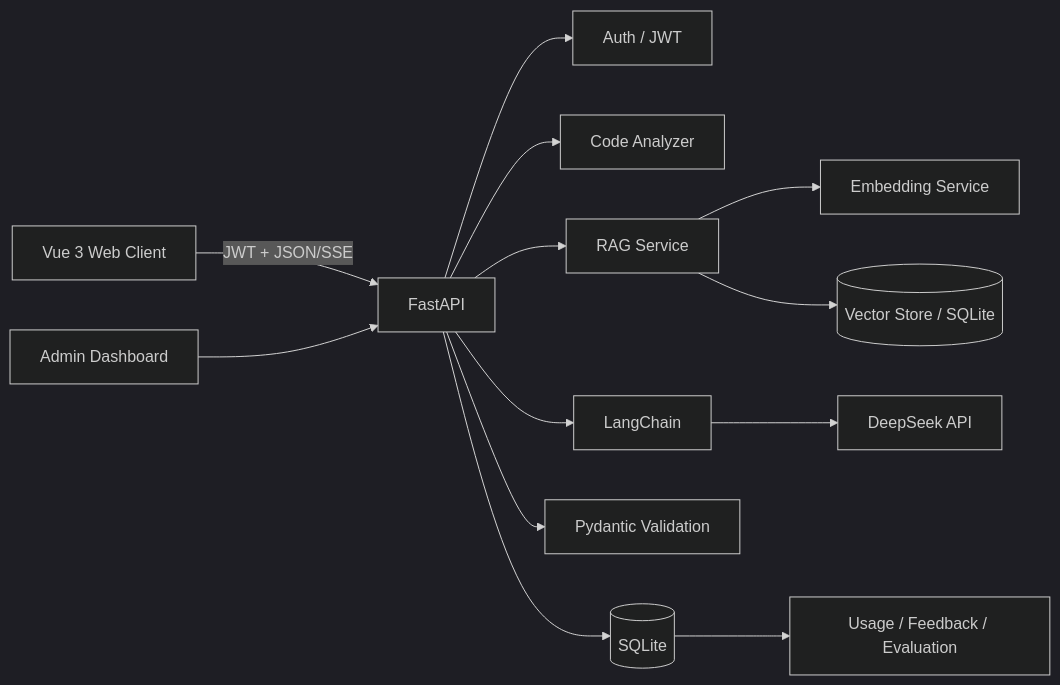
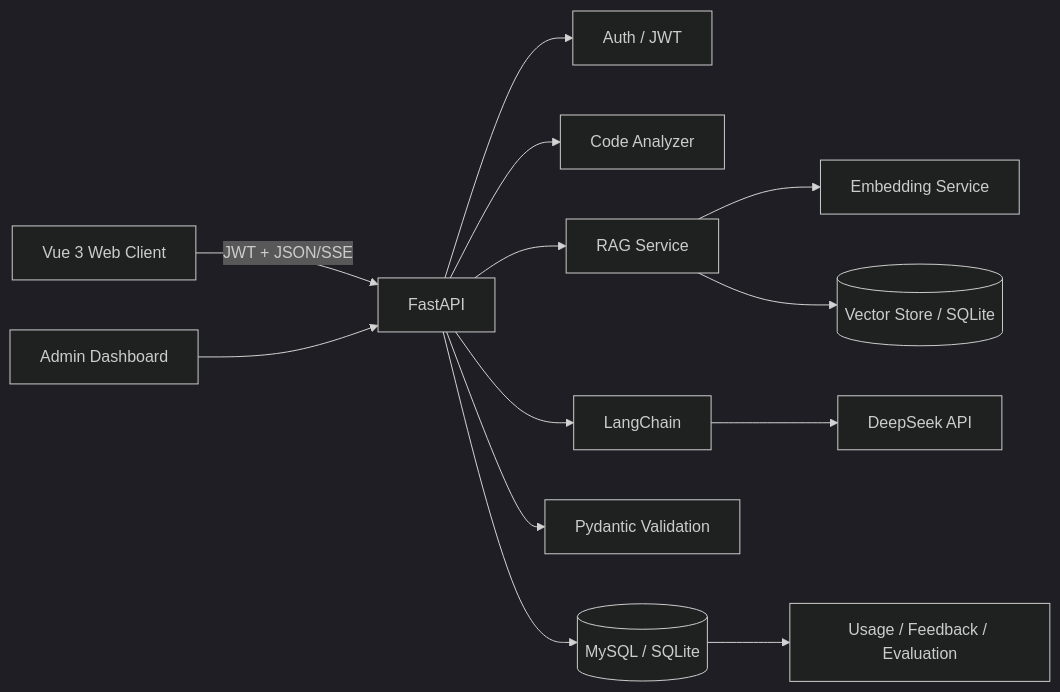
Before and after one commit to SYM529/codemind: the diagram in README.md, drawn with Mermaid (dark theme). The commit also changed other lines of this file and 7 other files, not shown here.

First line of the commit message:
feat: 数据层升级为 MySQL/SQLite 双驱动，Docker Compose 三容器编排部署

````diff
--- a/README.md
+++ b/README.md
@@ -89,15 +89,15 @@
 ```mermaid
 flowchart LR
     U[Vue 3 Web Client] -->|JWT + JSON/SSE| API[FastAPI]
     API --> AUTH[Auth / JWT]
     API --> AST[Code Analyzer]
     API --> RAG[RAG Service]
     RAG --> EMB[Embedding Service]
     RAG --> VS[(Vector Store / SQLite)]
     API --> LC[LangChain]
     LC --> DS[DeepSeek API]
     API --> PYD[Pydantic Validation]
-    API --> DB[(SQLite)]
+    API --> DB[(MySQL / SQLite)]
     DB --> OBS[Usage / Feedback / Evaluation]
     ADMIN[Admin Dashboard] --> API
 ```
````
